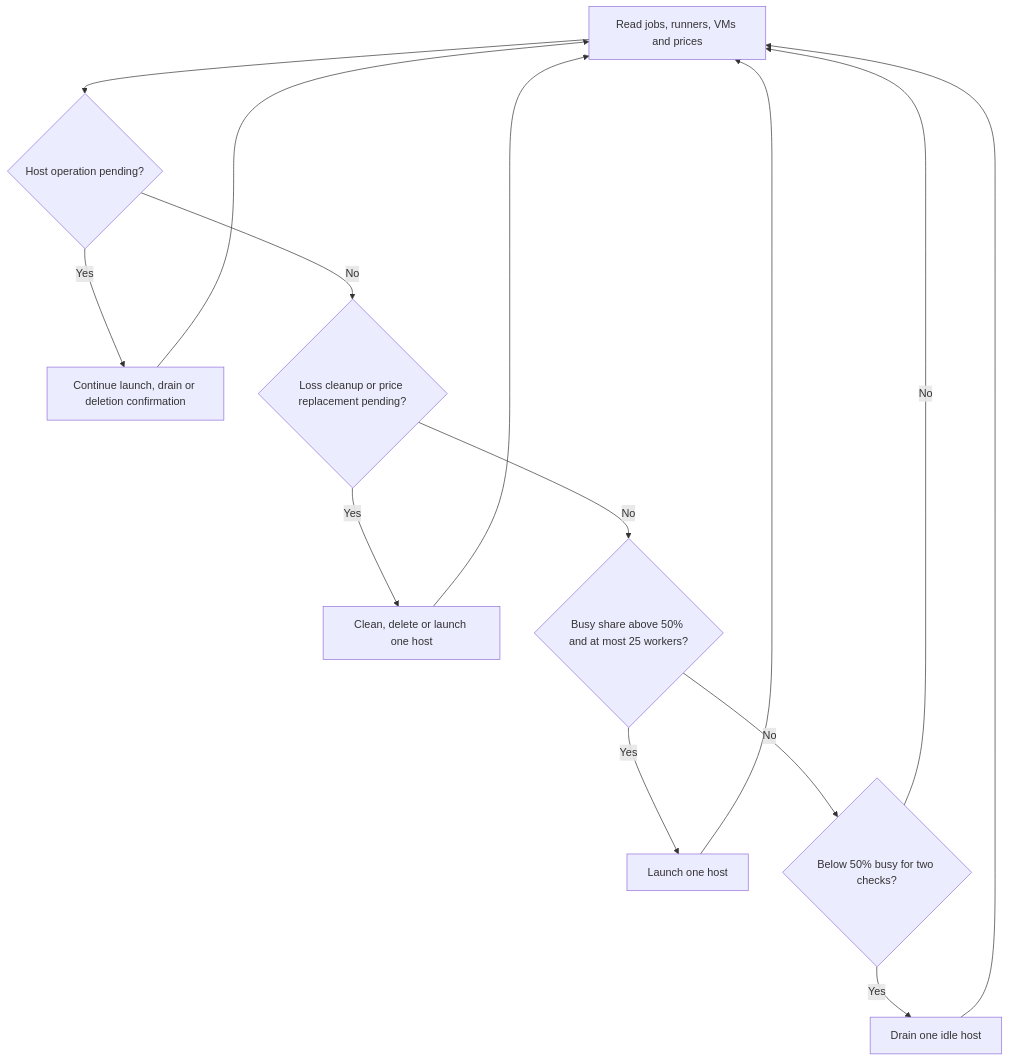
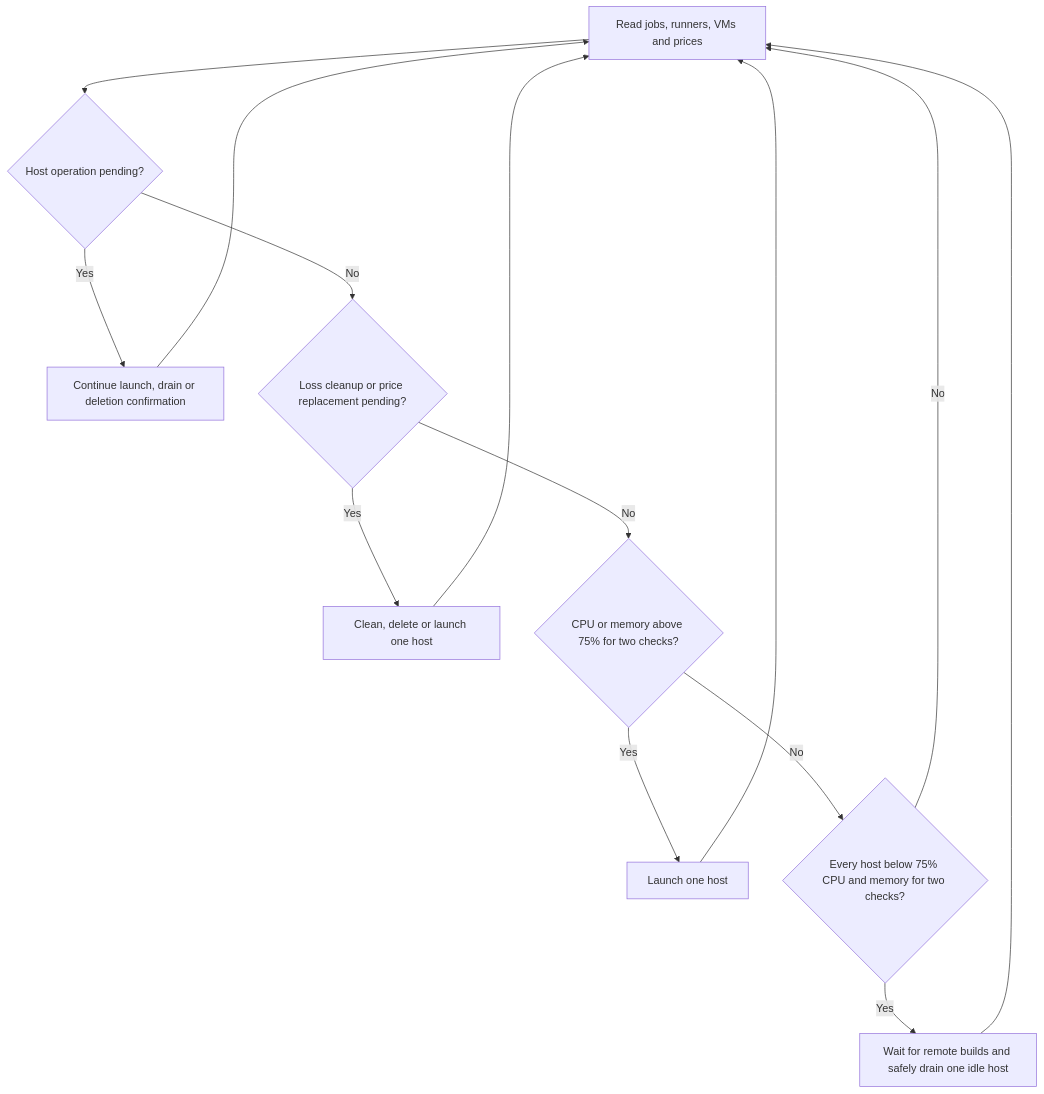
The diagram in README.md (swack-tools/spot-github-runners), drawn with Mermaid before and after one commit. The commit also changed other lines of this file and 26 other files, not shown here.

Commit message:
Add utilization scaling and dedicated remote Rust workers

````diff
--- a/README.md
+++ b/README.md
@@ -15,16 +15,16 @@
 ```mermaid
 flowchart TD
     A[Read jobs, runners, VMs and prices] --> P{Host operation pending?}
     P -- Yes --> W[Continue launch, drain or deletion confirmation]
     W --> A
     P -- No --> R{Loss cleanup or price replacement pending?}
     R -- Yes --> S[Clean, delete or launch one host]
     S --> A
-    R -- No --> B{Busy share above 50% and at most 25 workers?}
+    R -- No --> B{CPU or memory above 75% for two checks?}
     B -- Yes --> C[Launch one host]
     C --> A
-    B -- No --> E{Below 50% busy for two checks?}
-    E -- Yes --> F[Drain one idle host]
+    B -- No --> E{Every host below 75% CPU and memory for two checks?}
+    E -- Yes --> F[Wait for remote builds and safely drain one idle host]
     F --> A
     E -- No --> A
 ```
````
